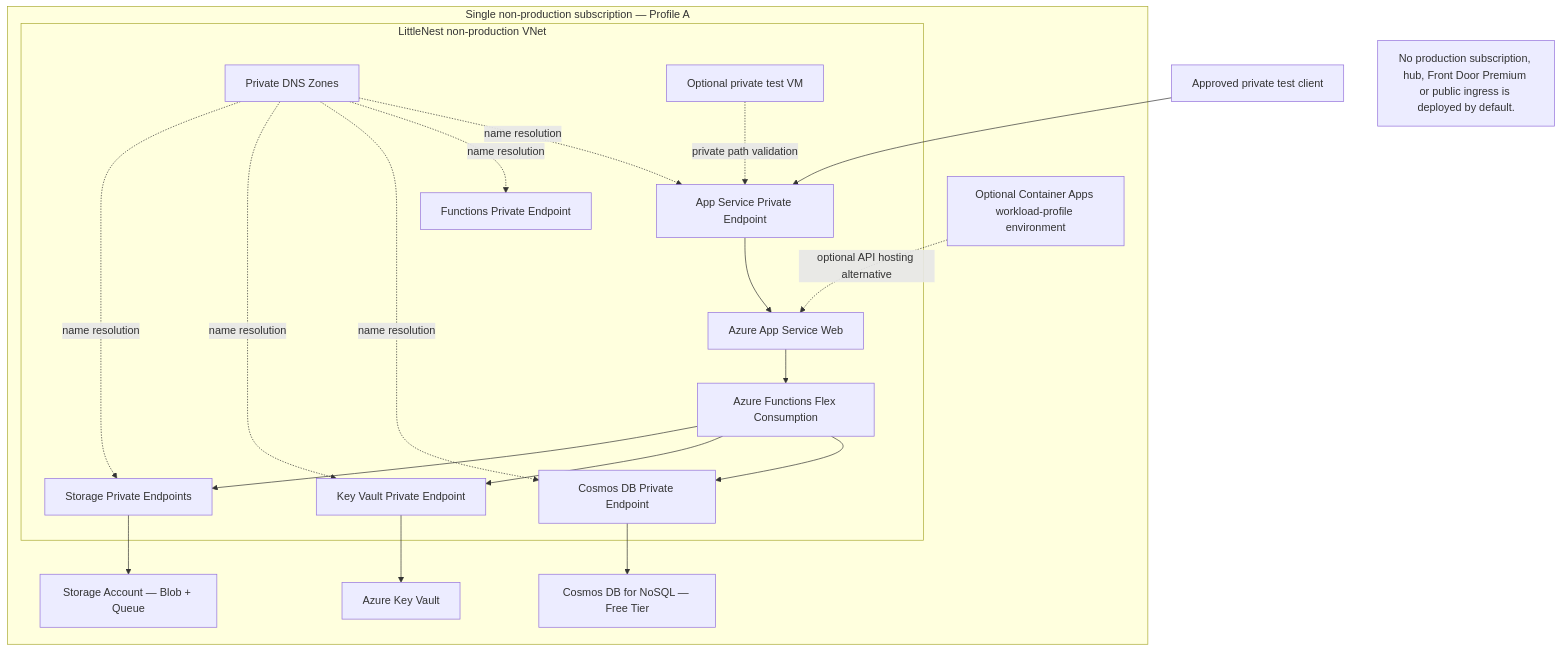
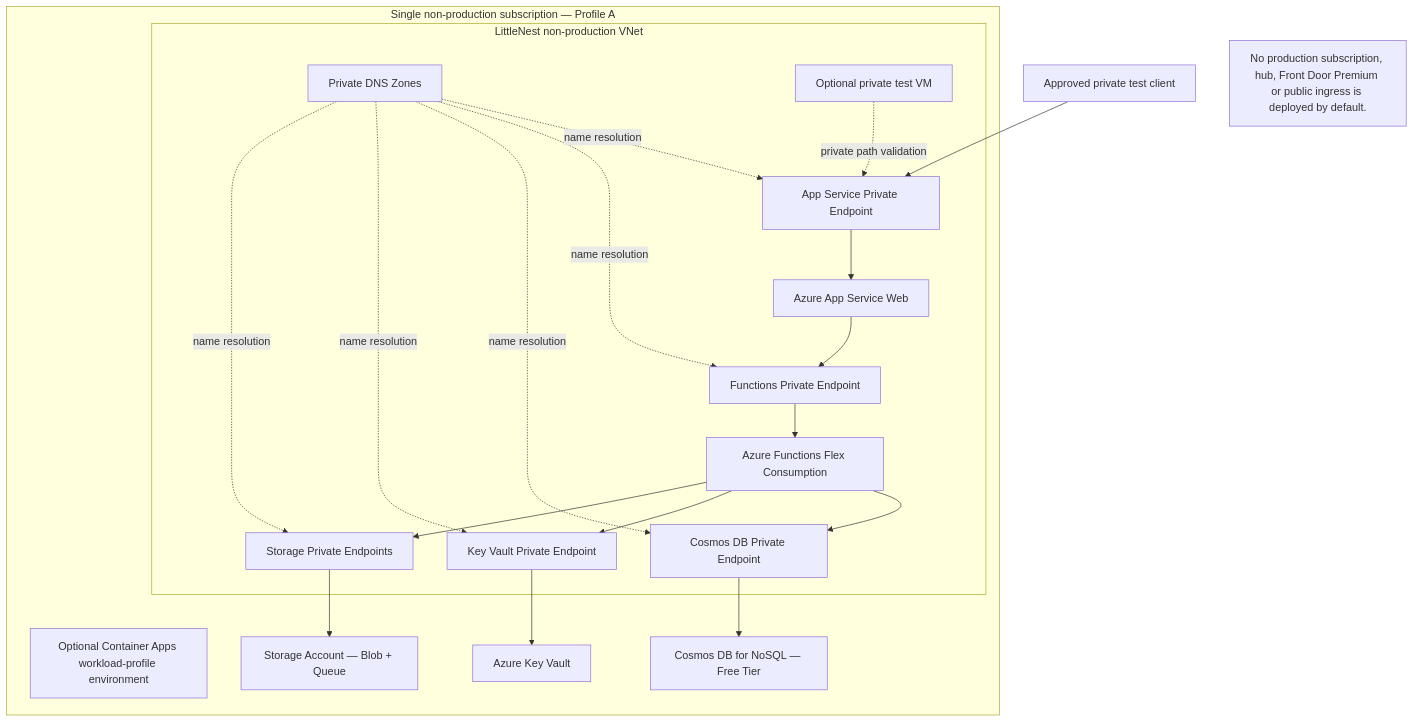
Before and after one commit to tripathies/azure-master-vault: the diagram in solutions/littlenest-kidswear-profile-a/architecture.mmd, drawn with Mermaid.

Commit message:
Clarify private Function ingress in LittleNest diagram

```diff
--- a/solutions/littlenest-kidswear-profile-a/architecture.mmd
+++ b/solutions/littlenest-kidswear-profile-a/architecture.mmd
@@ -1,31 +1,30 @@
 flowchart TB
     subgraph SUB["Single non-production subscription — Profile A"]
       subgraph VNET["LittleNest non-production VNet"]
         WEBPE["App Service Private Endpoint"]
         APP["Azure App Service Web"]
         FNPE["Functions Private Endpoint"]
         FUNC["Azure Functions Flex Consumption"]
         CDBPE["Cosmos DB Private Endpoint"]
         KVPE["Key Vault Private Endpoint"]
         STPE["Storage Private Endpoints"]
         DNS["Private DNS Zones"]
         TESTVM["Optional private test VM"]
       end
       ACA["Optional Container Apps workload-profile environment"]
       COS["Cosmos DB for NoSQL — Free Tier"]
       KV["Azure Key Vault"]
       ST["Storage Account — Blob + Queue"]
     end
     USER["Approved private test client"] --> WEBPE --> APP
-    APP --> FUNC
+    APP --> FNPE --> FUNC
     FUNC --> CDBPE --> COS
     FUNC --> KVPE --> KV
     FUNC --> STPE --> ST
     DNS -. name resolution .-> WEBPE
     DNS -. name resolution .-> FNPE
     DNS -. name resolution .-> CDBPE
     DNS -. name resolution .-> KVPE
     DNS -. name resolution .-> STPE
     TESTVM -. private path validation .-> WEBPE
-    ACA -. optional API hosting alternative .-> APP
     NOTE["No production subscription, hub, Front Door Premium or public ingress is deployed by default."]
```
